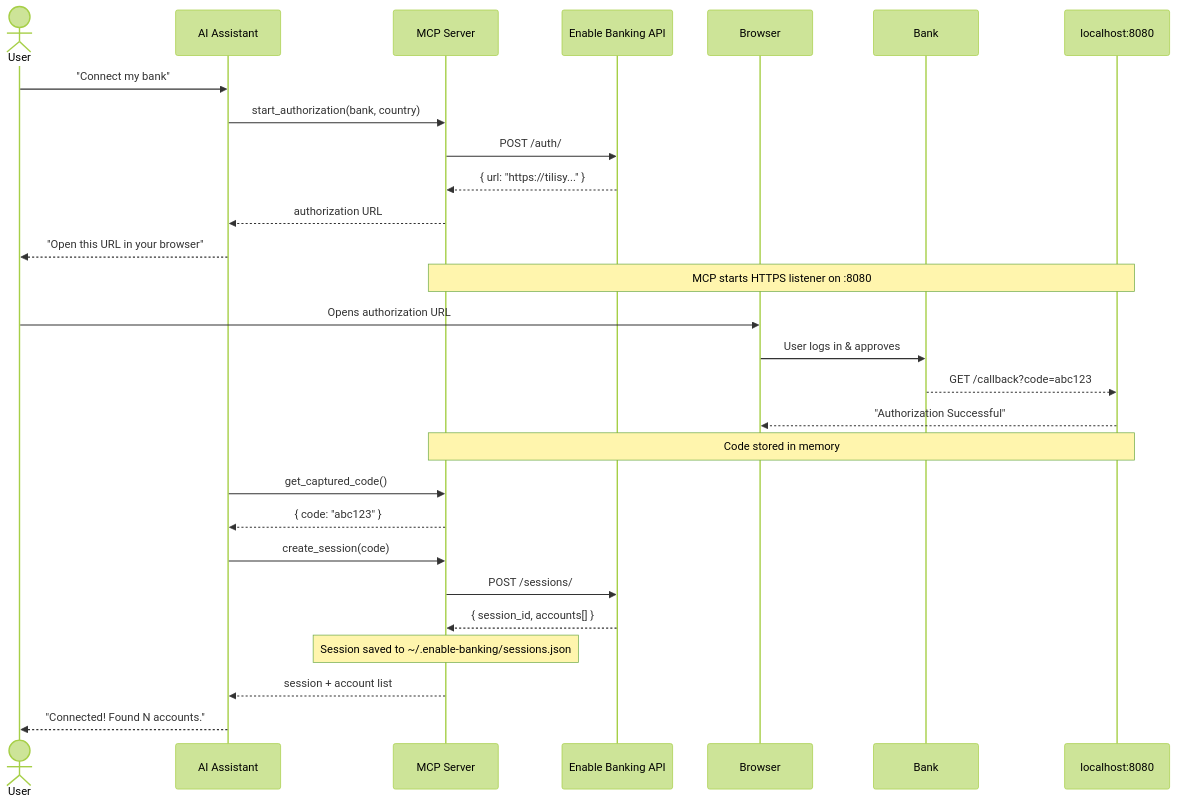
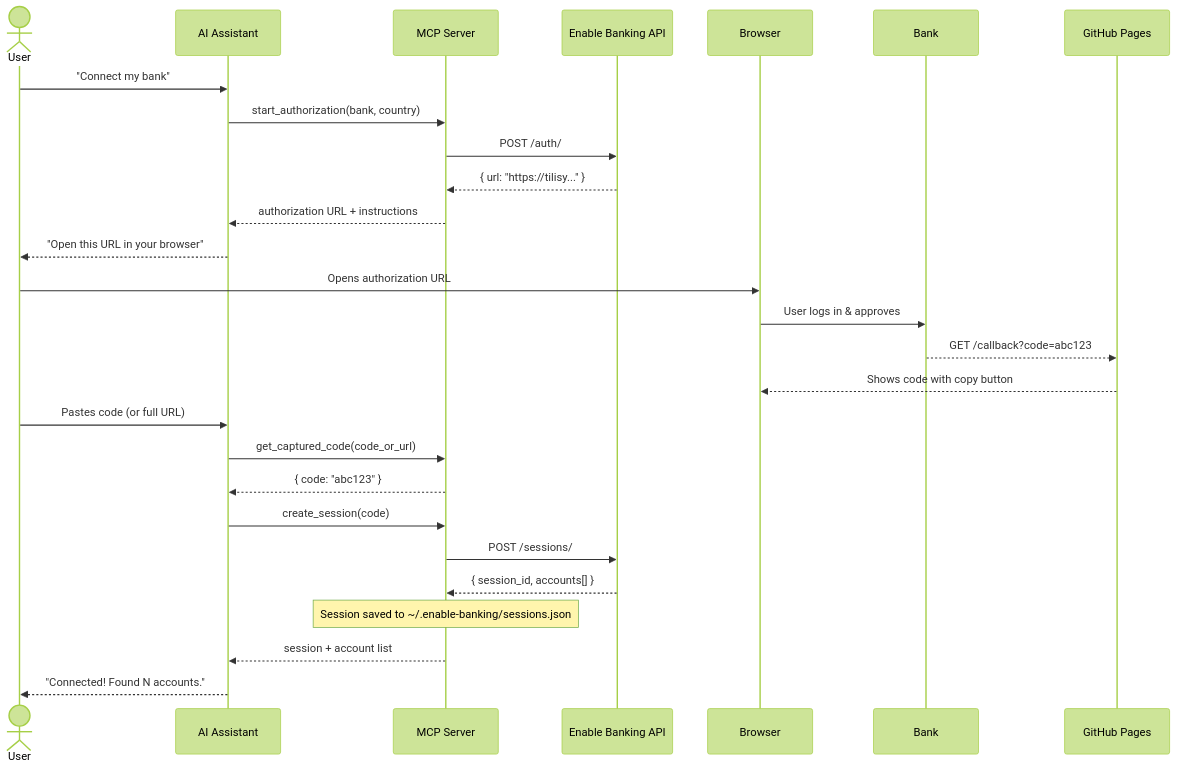
One commit to Algiras/enable-banking-mcp changed the fifth of 5 diagrams in README.md. Above: the diagram before and after it, drawn with Mermaid (forest theme). The commit also changed other lines of this file and 6 other files, not shown here.

First line of the commit message:
feat: GitHub Pages OAuth callback, security hardening, structured logging

````diff
--- a/README.md
+++ b/README.md
@@ -359,33 +340,32 @@
 ```mermaid
 sequenceDiagram
     actor User
     participant AI as AI Assistant
     participant MCP as MCP Server
     participant API as Enable Banking API
     participant Browser as Browser
     participant Bank as Bank
-    participant CB as localhost:8080
+    participant GH as GitHub Pages
 
     User->>AI: "Connect my bank"
     AI->>MCP: start_authorization(bank, country)
     MCP->>API: POST /auth/
     API-->>MCP: { url: "https://tilisy..." }
-    MCP-->>AI: authorization URL
+    MCP-->>AI: authorization URL + instructions
     AI-->>User: "Open this URL in your browser"
-    note over MCP,CB: MCP starts HTTPS listener on :8080
 
     User->>Browser: Opens authorization URL
     Browser->>Bank: User logs in & approves
-    Bank-->>CB: GET /callback?code=abc123
-    CB-->>Browser: "Authorization Successful"
-    note over MCP,CB: Code stored in memory
+    Bank-->>GH: GET /callback?code=abc123
+    GH-->>Browser: Shows code with copy button
+    User->>AI: Pastes code (or full URL)
 
-    AI->>MCP: get_captured_code()
+    AI->>MCP: get_captured_code(code_or_url)
     MCP-->>AI: { code: "abc123" }
     AI->>MCP: create_session(code)
     MCP->>API: POST /sessions/
     API-->>MCP: { session_id, accounts[] }
     note over MCP: Session saved to ~/.enable-banking/sessions.json
     MCP-->>AI: session + account list
     AI-->>User: "Connected! Found N accounts."
 ```
````
